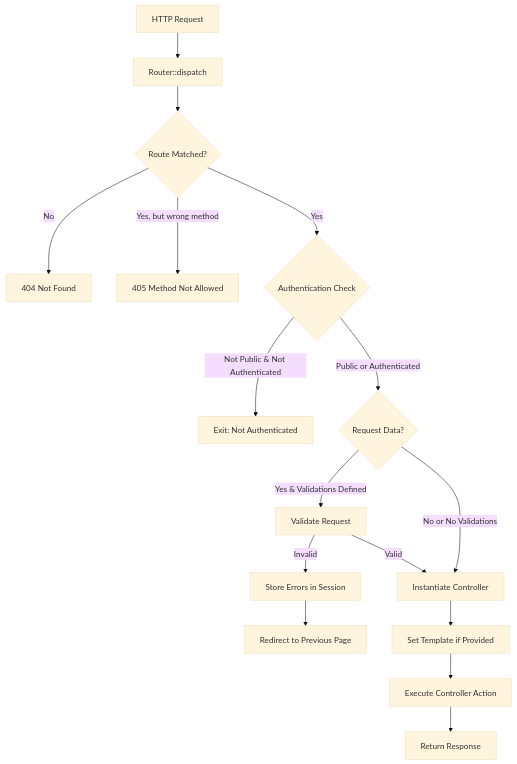
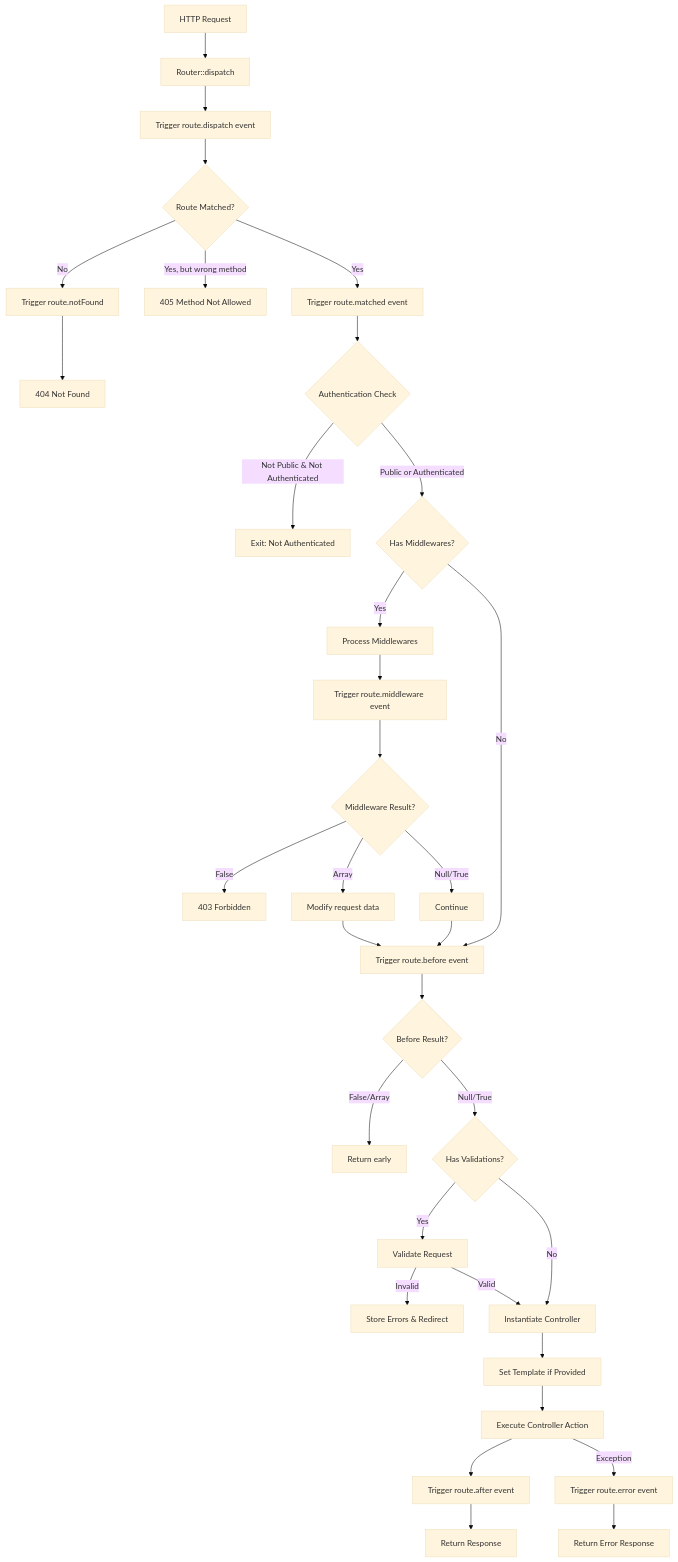
The first of 4 diagrams in README.md (zekiunal/router), drawn with Mermaid (base theme) before and after one commit. The commit also changed other lines of this file and 1 other file, not shown here.

Commit message:
Added middleware

````diff
--- a/README.md
+++ b/README.md
@@ -260,18 +371,35 @@
 ```mermaid
 flowchart TD
     A[HTTP Request] --> B[Router::dispatch]
-    B --> C{Route Matched?}
-    C -->|No| D[404 Not Found]
+    B --> B1[Trigger route.dispatch event]
+    B1 --> C{Route Matched?}
+    C -->|No| D[Trigger route.notFound]
+    D --> D1[404 Not Found]
     C -->|Yes, but wrong method| E[405 Method Not Allowed]
-    C -->|Yes| F{Authentication Check}
-    F -->|Not Public & Not Authenticated| G[Exit: Not Authenticated]
-    F -->|Public or Authenticated| H{Request Data?}
-    H -->|Yes & Validations Defined| I[Validate Request]
-    I -->|Invalid| J[Store Errors in Session]
-    J --> K[Redirect to Previous Page]
-    I -->|Valid| L[Instantiate Controller]
-    H -->|No or No Validations| L
-    L --> M[Set Template if Provided]
-    M --> N[Execute Controller Action]
-    N --> O[Return Response]
+    C -->|Yes| F[Trigger route.matched event]
+    F --> G{Authentication Check}
+    G -->|Not Public & Not Authenticated| H[Exit: Not Authenticated]
+    G -->|Public or Authenticated| I{Has Middlewares?}
+    I -->|Yes| J[Process Middlewares]
+    J --> J1[Trigger route.middleware event]
+    J1 --> K{Middleware Result?}
+    K -->|False| L[403 Forbidden]
+    K -->|Array| M[Modify request data]
+    K -->|Null/True| N[Continue]
+    I -->|No| O[Trigger route.before event]
+    M --> O
+    N --> O
+    O --> P{Before Result?}
+    P -->|False/Array| Q[Return early]
+    P -->|Null/True| R{Has Validations?}
+    R -->|Yes| S[Validate Request]
+    S -->|Invalid| T[Store Errors & Redirect]
+    S -->|Valid| U[Instantiate Controller]
+    R -->|No| U
+    U --> V[Set Template if Provided]
+    V --> W[Execute Controller Action]
+    W --> X[Trigger route.after event]
+    X --> Y[Return Response]
+    W -->|Exception| Z[Trigger route.error event]
+    Z --> AA[Return Error Response]
 ```
````
